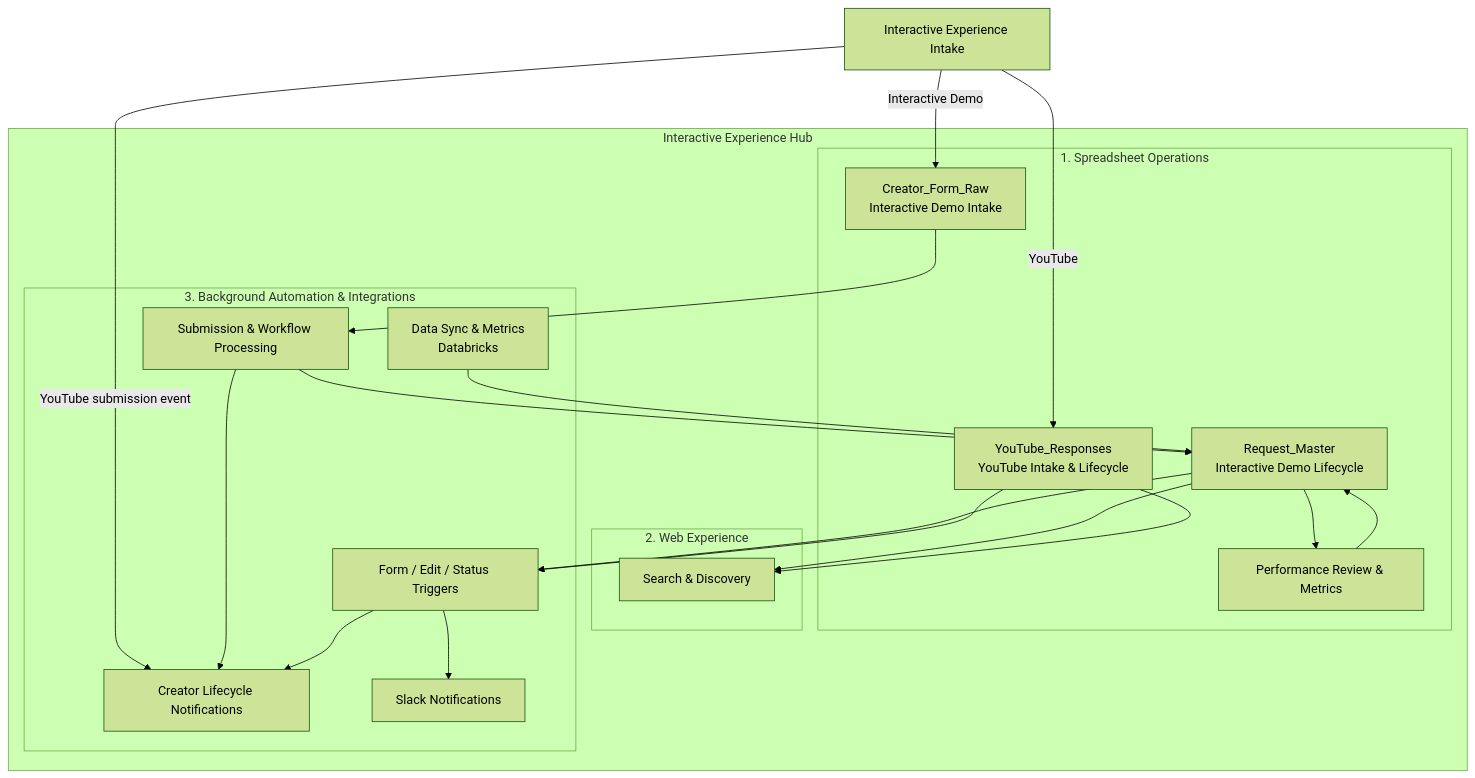
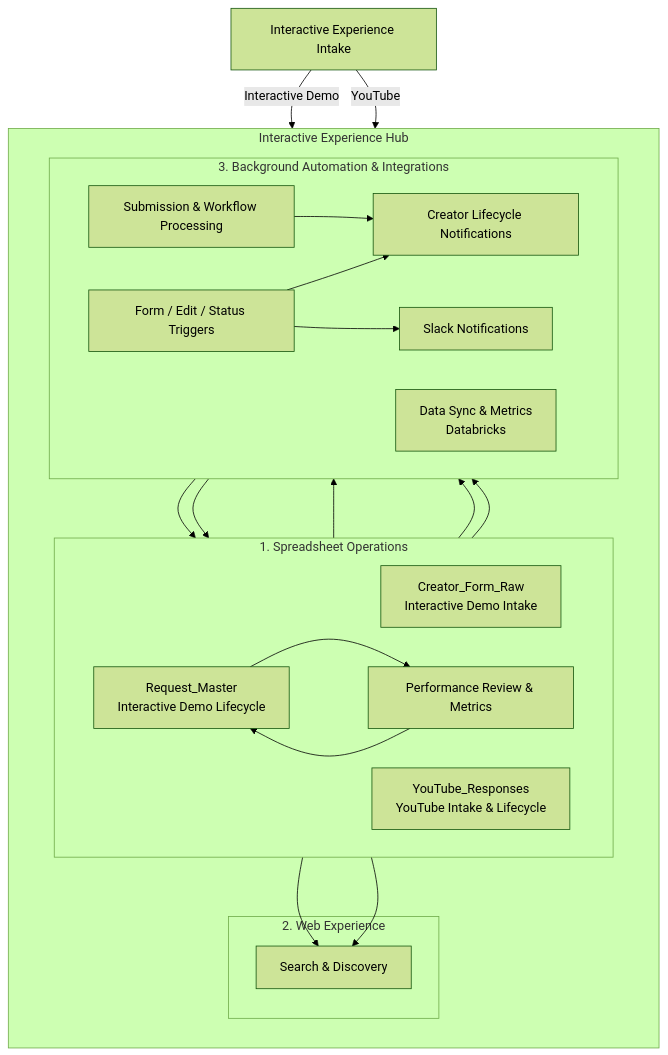
The first of 3 diagrams in docs/architecture.md (rubyyyyang/interactive-experience-hub), drawn with Mermaid (forest theme) before and after one commit. The commit also changed other lines of this file, not shown here.

Commit message:
docs: clarify Hub architecture and feature workflows

````diff
--- a/docs/architecture.md
+++ b/docs/architecture.md
@@ -27,48 +27,50 @@
 ```mermaid
 graph TB
-
     INTAKE[Interactive Experience Intake]
-
+    
     subgraph HUB["Interactive Experience Hub"]
-
+        direction TB
+        
         subgraph SHEET["1. Spreadsheet Operations"]
+            direction LR
             CFR[Creator_Form_Raw<br/>Interactive Demo Intake]
             RM[Request_Master<br/>Interactive Demo Lifecycle]
             YT[YouTube_Responses<br/>YouTube Intake & Lifecycle]
             PERF[Performance Review & Metrics]
         end
-
-        subgraph WEB["2. Web Experience"]
-            DISC[Search & Discovery]
-        end
-
+        
         subgraph AUTO["3. Background Automation & Integrations"]
+            direction LR
             PROCESS[Submission & Workflow Processing]
             TRIG[Form / Edit / Status Triggers]
             EMAIL[Creator Lifecycle Notifications]
             SLACK[Slack Notifications]
             DATA[Data Sync & Metrics<br/>Databricks]
         end
+        
+        subgraph WEB["2. Web Experience"]
+            DISC[Search & Discovery]
+        end
+        
+        CFR --> PROCESS
+        PROCESS --> RM
+        PROCESS --> EMAIL
+        
+        RM --> TRIG
+        RM --> PERF
+        RM --> DISC
+        
+        YT --> TRIG
+        YT --> DISC
+        
+        TRIG --> EMAIL
+        TRIG --> SLACK
+        
+        PERF --> RM
+        
+        DATA --> RM
     end
-
+    
     INTAKE -->|Interactive Demo| CFR
-    CFR --> PROCESS
-    PROCESS --> RM
-
     INTAKE -->|YouTube| YT
-    INTAKE -->|YouTube submission event| EMAIL
-
-    RM --> TRIG
-    YT --> TRIG
-
-    PROCESS --> EMAIL
-    TRIG --> EMAIL
-    TRIG --> SLACK
-
-    DATA --> RM
-    RM --> PERF
-    PERF --> RM
-
-    RM --> DISC
-    YT --> DISC
 ```
````
